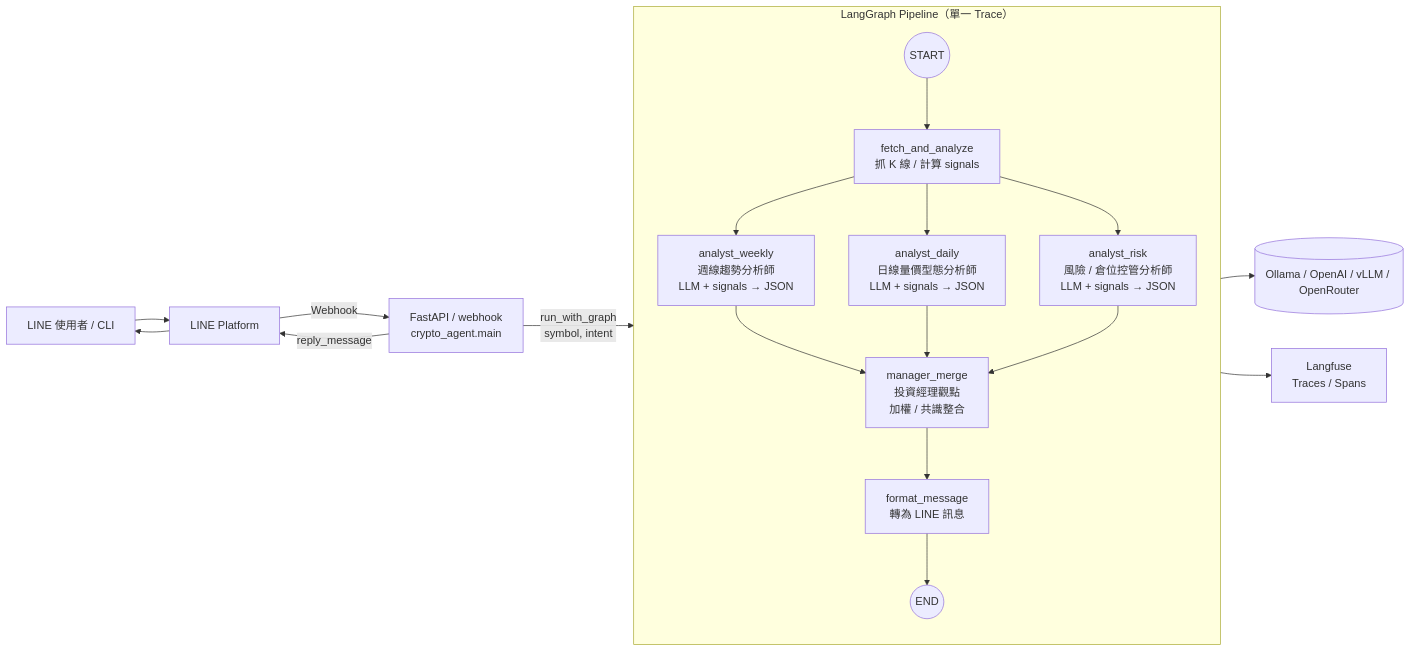
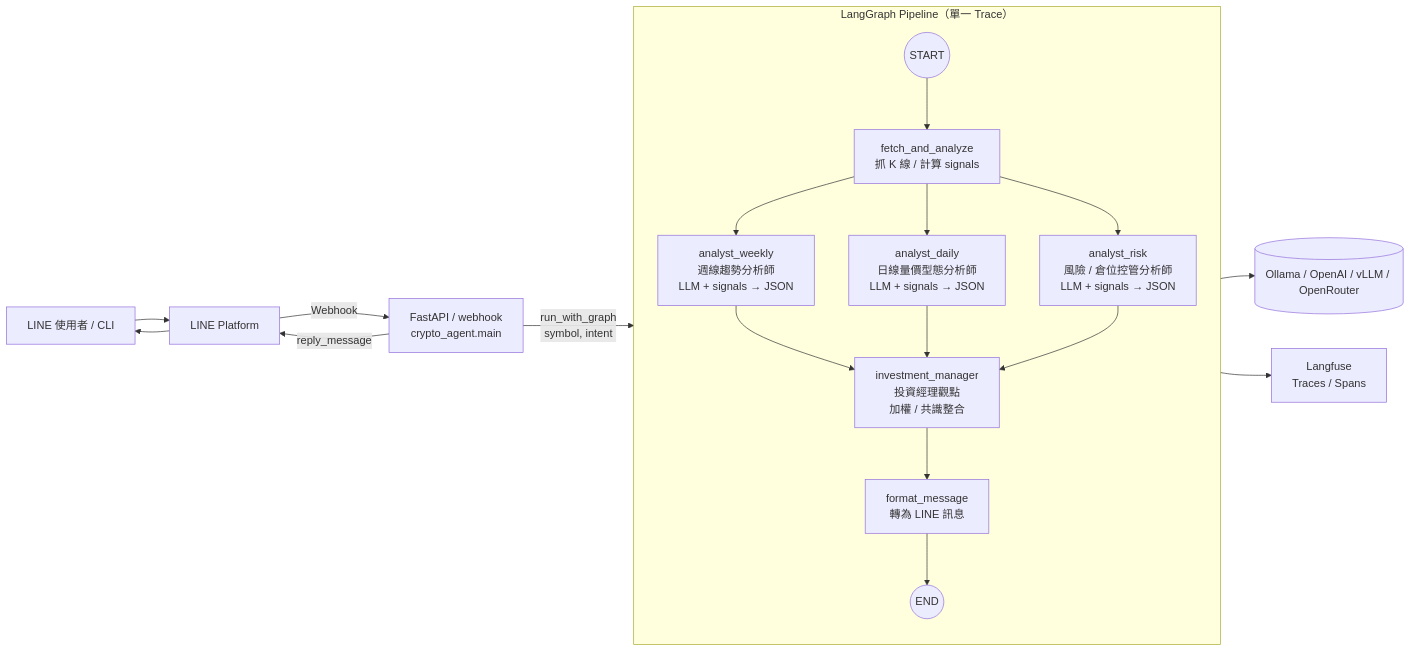
The second of 3 diagrams in README.md (jiunjiun69/Crypto-AI-Agent-Framework), drawn with Mermaid before and after one commit. The commit also changed other lines of this file and 2 other files, not shown here.

Commit message:
Update README : investment_manager

````diff
--- a/README.md
+++ b/README.md
@@ -86,55 +89,55 @@
 ```mermaid
 flowchart LR
     %% 使用者入口
     U[LINE 使用者 / CLI] --> L[LINE Platform]
     L -->|Webhook| A[FastAPI / webhook
     crypto_agent.main]
 
     %% 啟動 LangGraph
     A -->|run_with_graph
     symbol, intent| G[LangGraph StateGraph
     crypto_agent.graph_crypto_agent]
 
     %% LangGraph Pipeline
     subgraph G["LangGraph Pipeline（單一 Trace）"]
         S0((START))
 
         %% 市場資料
         S0 --> F[fetch_and_analyze
         抓 K 線 / 計算 signals]
 
         %% 三位分析師並行
         F --> W[analyst_weekly
         週線趨勢分析師
         LLM + signals → JSON]
 
         F --> D[analyst_daily
         日線量價型態分析師
         LLM + signals → JSON]
 
         F --> RSK[analyst_risk
         風險 / 倉位控管分析師
         LLM + signals → JSON]
 
         %% 投資經理彙整
-        W --> M[manager_merge
+        W --> M[investment_manager
         投資經理觀點
         加權 / 共識整合]
         D --> M
         RSK --> M
 
         %% 最終輸出（直接格式化）
         M --> FM[format_message
         轉為 LINE 訊息]
 
         FM --> E0((END))
     end
 
     %% 外部服務
     G --> LLM[(Ollama / OpenAI / vLLM / OpenRouter)]
     G --> FUSE[Langfuse
     Traces / Spans]
 
     %% 回傳使用者
     A -->|reply_message| L --> U
 ```
````
